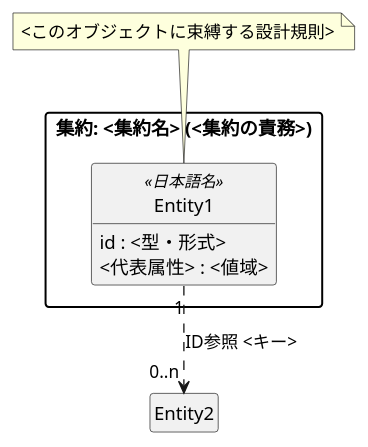
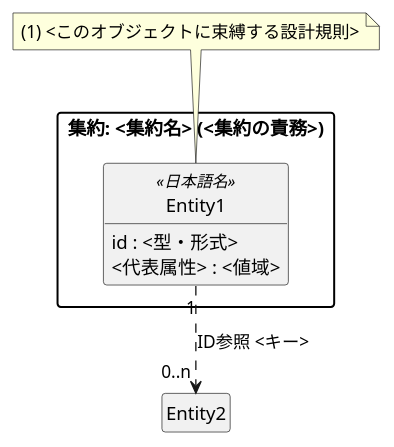
Before and after one commit to swat9013/claude-skills: the diagram in skills/design/sud-design/references/artifacts.md, drawn with PlantUML. The commit also changed other lines of this file and 73 other files, not shown here.

````diff
--- a/skills/design/sud-design/references/artifacts.md
+++ b/skills/design/sud-design/references/artifacts.md
@@ -81,21 +141,21 @@
 ```plantuml
 @startuml <name>-domain
 ' 記述規約: (上記 1・2 をここに写す)
 hide circle
 hide empty members
 skinparam packageStyle rectangle
 
 package "集約: <集約名> (<集約の責務>)" as Agg1 {
   class Entity1 <<日本語名>> {
     {field} id : <型・形式>
     {field} <代表属性> : <値域>
   }
 }
 
 Entity1 "1" ..> "0..n" Entity2 : ID参照 <キー>
 
 note top of Entity1
-  <このオブジェクトに束縛する設計規則>
+  (1) <このオブジェクトに束縛する設計規則>
 end note
 @enduml
 ```
````
